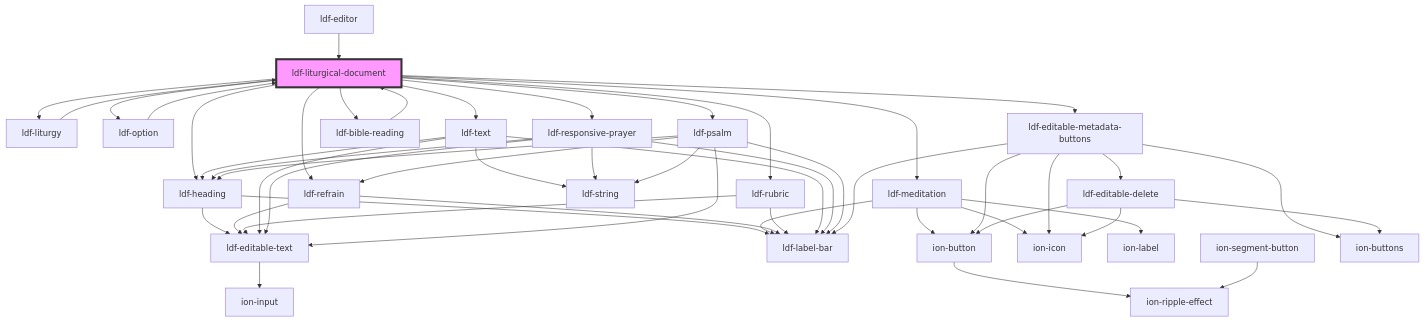
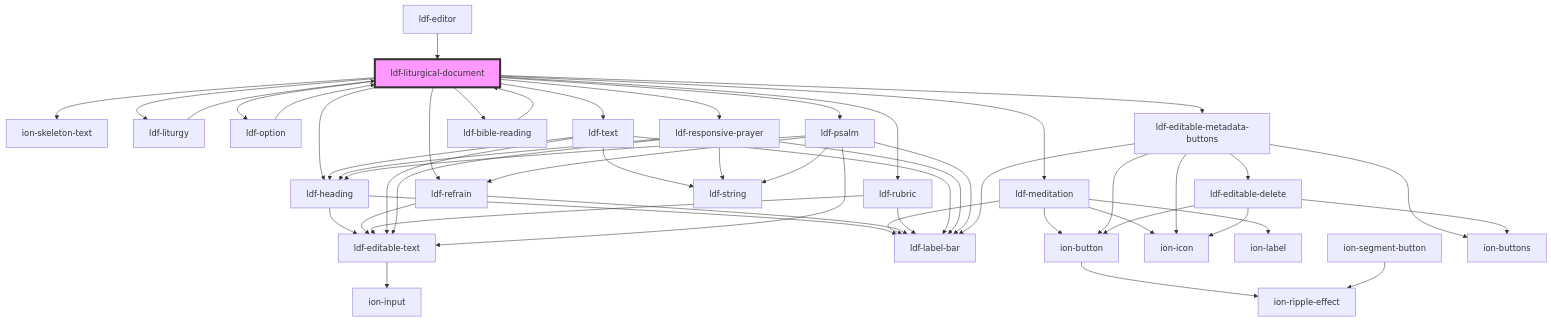
Before and after one commit to gbj/venite: the diagram in components/src/components/liturgical-document/readme.md, drawn with Mermaid. The commit also changed other lines of this file and 7 other files, not shown here.

````diff
--- a/components/src/components/liturgical-document/readme.md
+++ b/components/src/components/liturgical-document/readme.md
@@ -52,53 +53,54 @@
 ```mermaid
 graph TD;
+  ldf-liturgical-document --> ion-skeleton-text
   ldf-liturgical-document --> ldf-liturgy
   ldf-liturgical-document --> ldf-heading
   ldf-liturgical-document --> ldf-meditation
   ldf-liturgical-document --> ldf-option
   ldf-liturgical-document --> ldf-refrain
   ldf-liturgical-document --> ldf-rubric
   ldf-liturgical-document --> ldf-text
   ldf-liturgical-document --> ldf-responsive-prayer
   ldf-liturgical-document --> ldf-bible-reading
   ldf-liturgical-document --> ldf-psalm
   ldf-liturgical-document --> ldf-editable-metadata-buttons
   ldf-liturgy --> ldf-liturgical-document
   ldf-heading --> ldf-editable-text
   ldf-heading --> ldf-label-bar
   ldf-editable-text --> ion-input
   ldf-meditation --> ion-button
   ldf-meditation --> ion-icon
   ldf-meditation --> ion-label
   ldf-meditation --> ldf-label-bar
   ion-button --> ion-ripple-effect
   ldf-option --> ldf-liturgical-document
   ion-segment-button --> ion-ripple-effect
   ldf-refrain --> ldf-label-bar
   ldf-refrain --> ldf-editable-text
   ldf-rubric --> ldf-label-bar
   ldf-rubric --> ldf-editable-text
   ldf-text --> ldf-label-bar
   ldf-text --> ldf-heading
   ldf-text --> ldf-editable-text
   ldf-text --> ldf-string
   ldf-responsive-prayer --> ldf-editable-text
   ldf-responsive-prayer --> ldf-string
   ldf-responsive-prayer --> ldf-label-bar
   ldf-responsive-prayer --> ldf-heading
   ldf-bible-reading --> ldf-liturgical-document
   ldf-psalm --> ldf-refrain
   ldf-psalm --> ldf-heading
   ldf-psalm --> ldf-label-bar
   ldf-psalm --> ldf-editable-text
   ldf-psalm --> ldf-string
   ldf-editable-metadata-buttons --> ldf-label-bar
   ldf-editable-metadata-buttons --> ion-buttons
   ldf-editable-metadata-buttons --> ion-button
   ldf-editable-metadata-buttons --> ion-icon
   ldf-editable-metadata-buttons --> ldf-editable-delete
   ldf-editable-delete --> ion-buttons
   ldf-editable-delete --> ion-button
   ldf-editable-delete --> ion-icon
   ldf-editor --> ldf-liturgical-document
   style ldf-liturgical-document fill:#f9f,stroke:#333,stroke-width:4px
 ```
````
